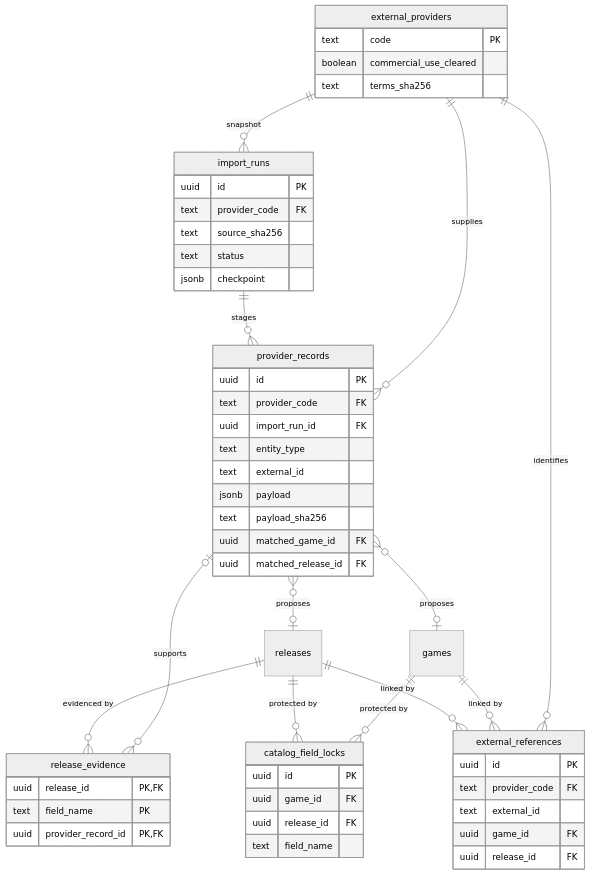
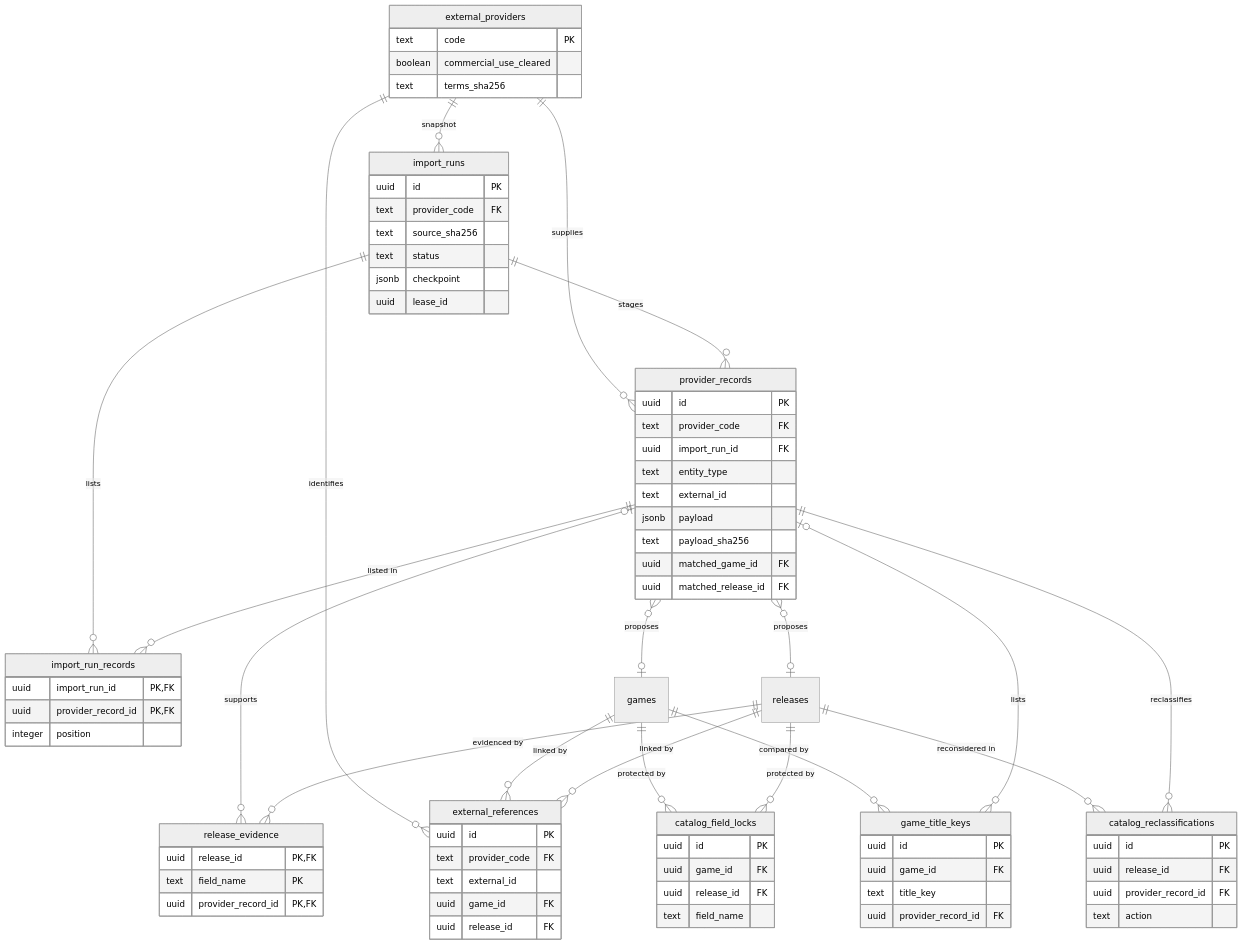
One commit to lesa0208/my-game-dex changed diagram 14 of 14 in docs/architecture/relationships.md. Above: the diagram before and after it, drawn with Mermaid (neutral theme). The commit also changed 30 other files, not shown here.

````diff
--- a/docs/architecture/relationships.md
+++ b/docs/architecture/relationships.md
@@ -691,57 +691,81 @@
 ```mermaid
 erDiagram
   external_providers ||--o{ import_runs : "snapshot"
   external_providers ||--o{ provider_records : "supplies"
   external_providers ||--o{ external_references : "identifies"
   import_runs ||--o{ provider_records : "stages"
+  import_runs ||--o{ import_run_records : "lists"
+  provider_records ||--o{ import_run_records : "listed in"
   provider_records o|--o{ release_evidence : "supports"
   provider_records }o--o| games : "proposes"
   provider_records }o--o| releases : "proposes"
   releases ||--o{ release_evidence : "evidenced by"
   games ||--o{ external_references : "linked by"
   releases ||--o{ external_references : "linked by"
   games ||--o{ catalog_field_locks : "protected by"
+  games ||--o{ game_title_keys : "compared by"
+  releases ||--o{ catalog_reclassifications : "reconsidered in"
+  provider_records ||--o{ catalog_reclassifications : "reclassifies"
+  provider_records o|--o{ game_title_keys : "lists"
   releases ||--o{ catalog_field_locks : "protected by"
 
   external_providers {
     text code PK
     boolean commercial_use_cleared
     text terms_sha256
   }
   import_runs {
     uuid id PK
     text provider_code FK
     text source_sha256
     text status
     jsonb checkpoint
+    uuid lease_id
+  }
+  import_run_records {
+    uuid import_run_id PK, FK
+    uuid provider_record_id PK, FK
+    integer position
   }
   provider_records {
     uuid id PK
     text provider_code FK
     uuid import_run_id FK
     text entity_type
     text external_id
     jsonb payload
     text payload_sha256
     uuid matched_game_id FK
     uuid matched_release_id FK
   }
   external_references {
     uuid id PK
     text provider_code FK
     text external_id
     uuid game_id FK
     uuid release_id FK
   }
   release_evidence {
     uuid release_id PK, FK
     text field_name PK
     uuid provider_record_id PK, FK
   }
+  catalog_reclassifications {
+    uuid id PK
+    uuid release_id FK
+    uuid provider_record_id FK
+    text action
+  }
+  game_title_keys {
+    uuid id PK
+    uuid game_id FK
+    text title_key
+    uuid provider_record_id FK
+  }
   catalog_field_locks {
     uuid id PK
     uuid game_id FK
     uuid release_id FK
     text field_name
   }
 ```
````
